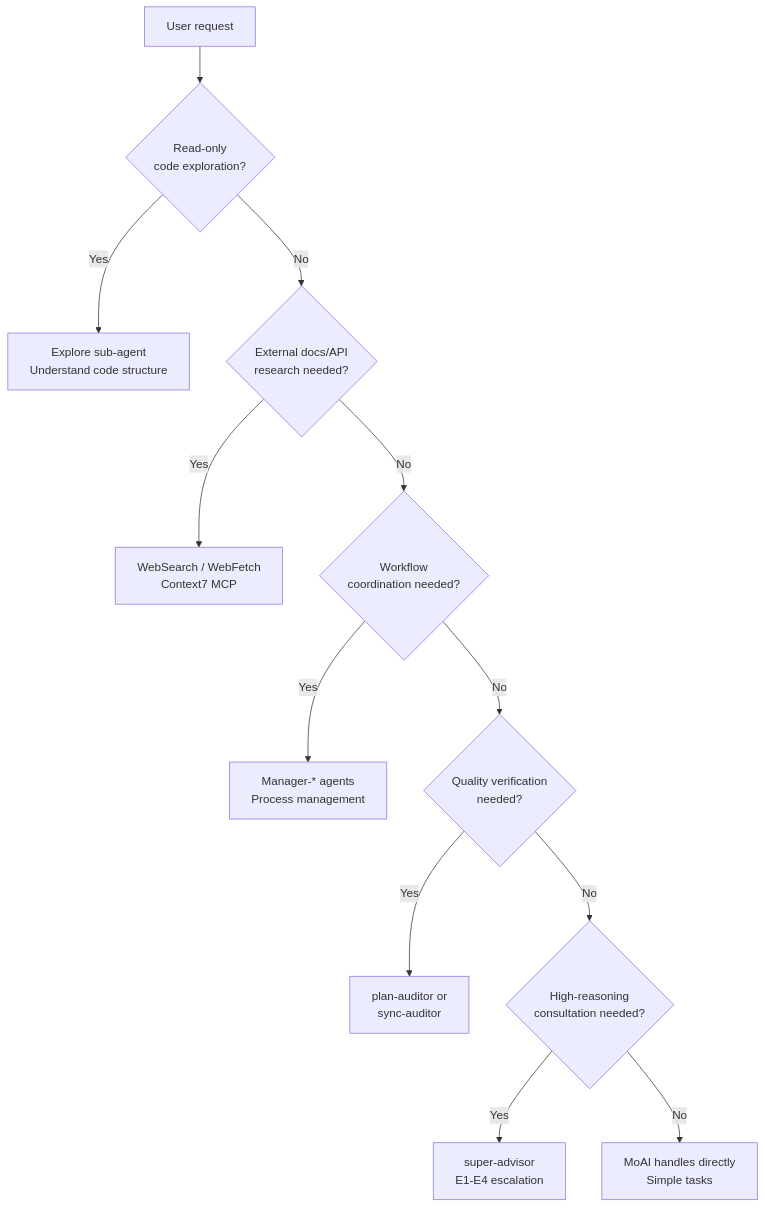
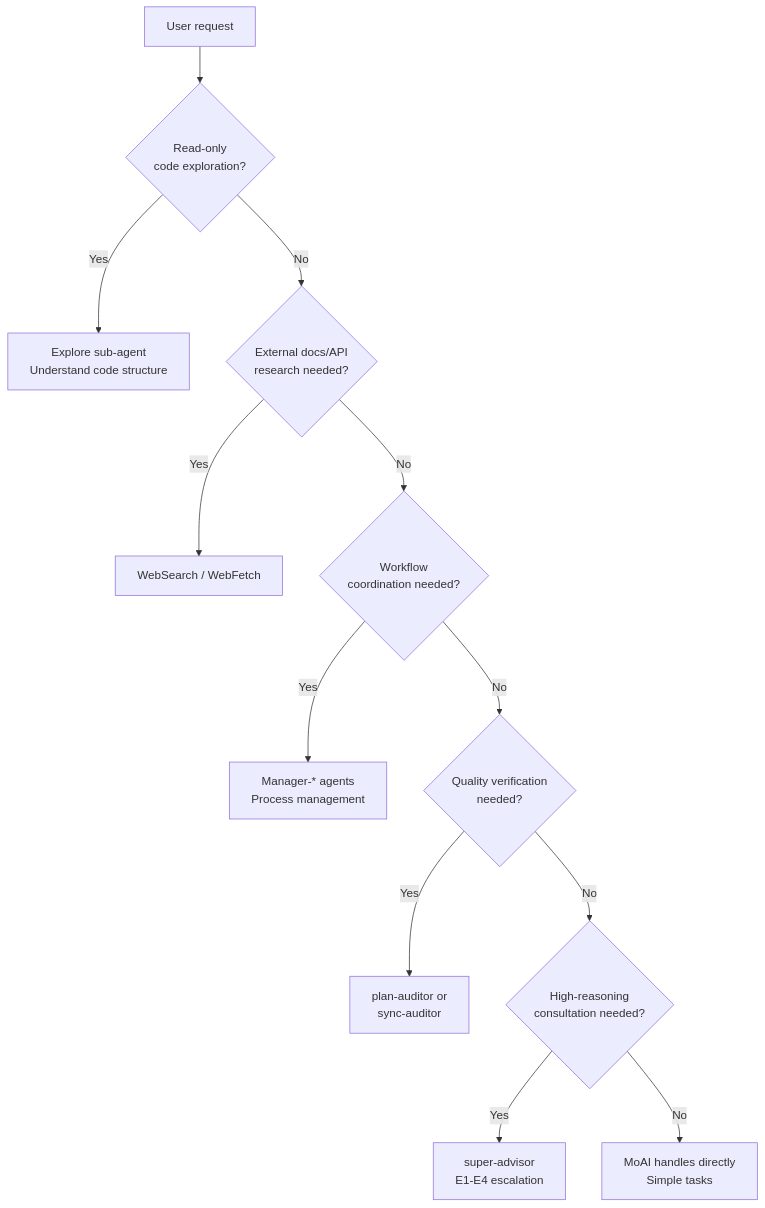
The diagram in docs-site/content/en/advanced/agent-guide.md (modu-ai/moai-adk), drawn with Mermaid before and after one commit. The commit also changed 25 other files, not shown here.

````diff
--- a/docs-site/content/en/advanced/agent-guide.md
+++ b/docs-site/content/en/advanced/agent-guide.md
@@ -89,19 +89,19 @@
 ```mermaid
 flowchart TD
     START[User request] --> Q1{Read-only<br>code exploration?}
 
     Q1 -->|Yes| EXPLORE["Explore sub-agent<br>Understand code structure"]
     Q1 -->|No| Q2{External docs/API<br>research needed?}
 
-    Q2 -->|Yes| WEB["WebSearch / WebFetch<br>Context7 MCP"]
+    Q2 -->|Yes| WEB["WebSearch / WebFetch"]
     Q2 -->|No| Q3{Workflow<br>coordination needed?}
 
     Q3 -->|Yes| MANAGER["Manager-* agents<br>Process management"]
     Q3 -->|No| Q4{Quality verification<br>needed?}
 
     Q4 -->|Yes| EVAL["plan-auditor or<br>sync-auditor"]
     Q4 -->|No| Q5{High-reasoning<br>consultation needed?}
 
     Q5 -->|Yes| ADVISOR["super-advisor<br>E1-E4 escalation"]
     Q5 -->|No| DIRECT["MoAI handles directly<br>Simple tasks"]
 ```
````
